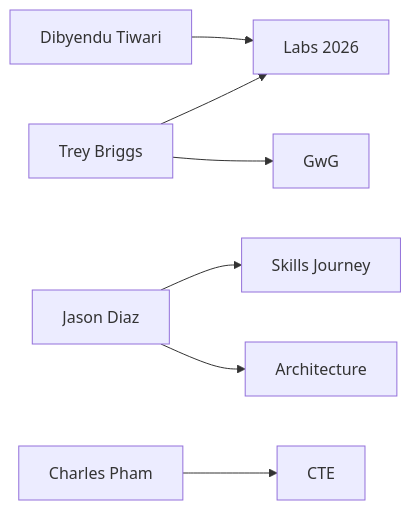
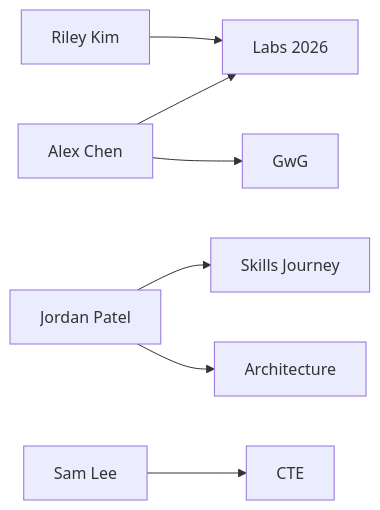
The second of 3 diagrams in plugins/team-docs/agents/knowledge-graph.md (tbrzz01/claude-plugins), drawn with Mermaid before and after one commit. The commit also changed other lines of this file and 33 other files, not shown here.

````diff
--- a/plugins/team-docs/agents/knowledge-graph.md
+++ b/plugins/team-docs/agents/knowledge-graph.md
@@ -264,9 +276,9 @@
    ```mermaid
    graph LR
-       Trey[Trey Briggs] --> Labs[Labs 2026]
-       Trey --> GwG[GwG]
-       Jason[Jason Diaz] --> SkillsJourney[Skills Journey]
-       Jason --> Architecture[Architecture]
-       Charles[Charles Pham] --> CTE[CTE]
-       Diby[Dibyendu Tiwari] --> Labs
+       Alex[Alex Chen] --> Labs[Labs 2026]
+       Alex --> GwG[GwG]
+       Jordan[Jordan Patel] --> SkillsJourney[Skills Journey]
+       Jordan --> Architecture[Architecture]
+       Sam[Sam Lee] --> CTE[CTE]
+       Riley[Riley Kim] --> Labs
    ```
````
